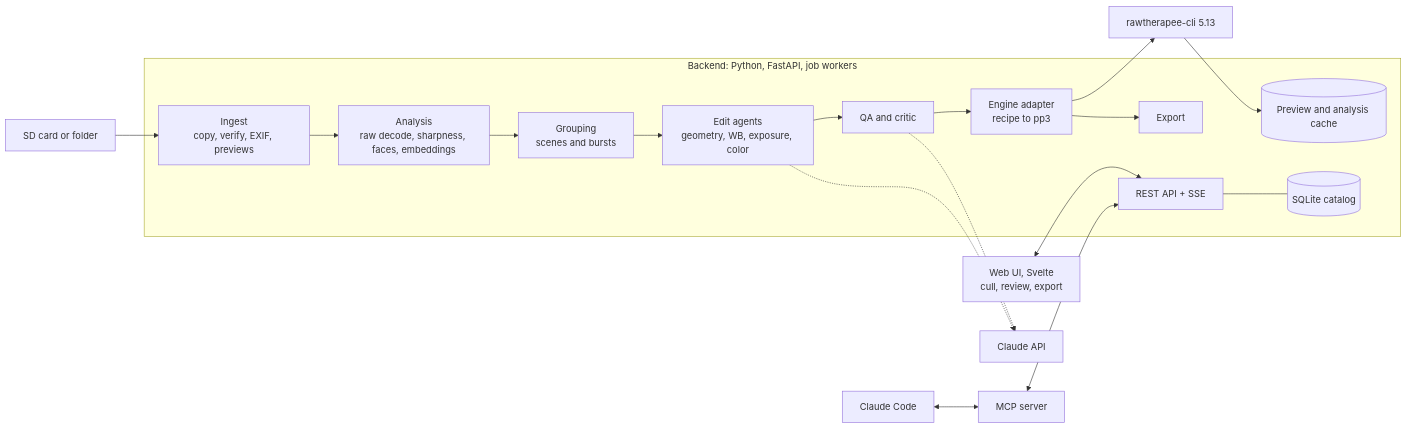
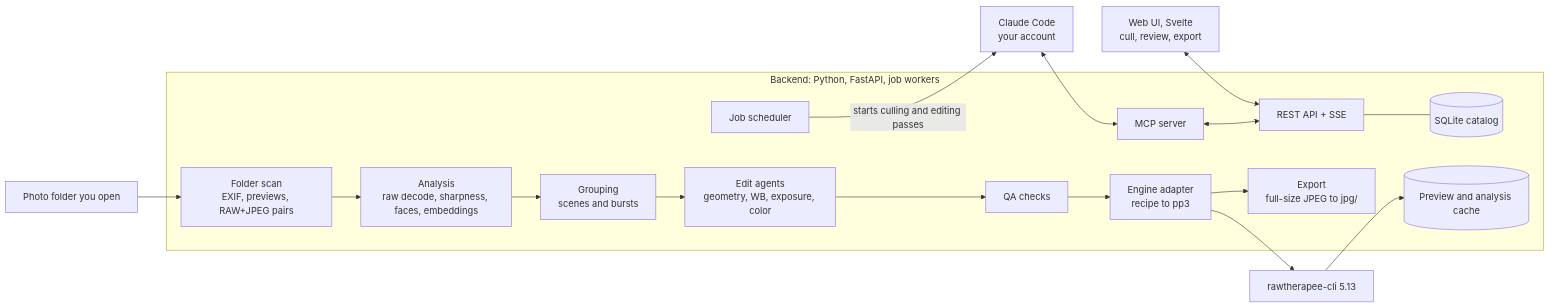
Before and after one commit to aleereza/raw-image-editor: the first of 2 diagrams in IMPLEMENTATION_PLAN.md, drawn with Mermaid. The commit also changed other lines of this file and 1 other file, not shown here.

````diff
--- a/IMPLEMENTATION_PLAN.md
+++ b/IMPLEMENTATION_PLAN.md
@@ -78,30 +85,29 @@
 ```mermaid
 flowchart LR
-  CARD["SD card or folder"]
+  FOLDER["Photo folder you open"]
   subgraph Backend["Backend: Python, FastAPI, job workers"]
     API["REST API + SSE"]
-    ING["Ingest<br/>copy, verify, EXIF, previews"]
+    JOBS["Job scheduler"]
+    SCAN["Folder scan<br/>EXIF, previews, RAW+JPEG pairs"]
     ANA["Analysis<br/>raw decode, sharpness, faces, embeddings"]
     GRP["Grouping<br/>scenes and bursts"]
     AG["Edit agents<br/>geometry, WB, exposure, color"]
-    QA["QA and critic"]
+    QA["QA checks"]
     ENG["Engine adapter<br/>recipe to pp3"]
-    EXP["Export"]
+    EXP["Export<br/>full-size JPEG to jpg/"]
+    MCP["MCP server"]
     DB[("SQLite catalog")]
     CACHE[("Preview and analysis cache")]
   end
   RT["rawtherapee-cli 5.13"]
-  LLM["Claude API"]
+  CC["Claude Code<br/>your account"]
   UI["Web UI, Svelte<br/>cull, review, export"]
-  MCP["MCP server"]
-  CC["Claude Code"]
-  CARD --> ING --> ANA --> GRP --> AG --> QA --> ENG --> RT
+  FOLDER --> SCAN --> ANA --> GRP --> AG --> QA --> ENG --> RT
   RT --> CACHE
   ENG --> EXP
-  AG -.-> LLM
-  QA -.-> LLM
   API --- DB
   UI <--> API
+  JOBS -->|"starts culling and editing passes"| CC
   CC <--> MCP
   MCP <--> API
 ```
````
